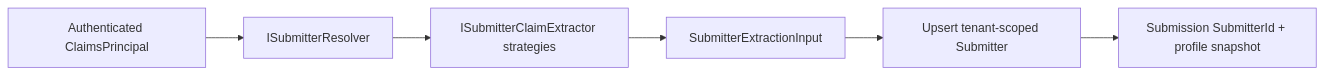
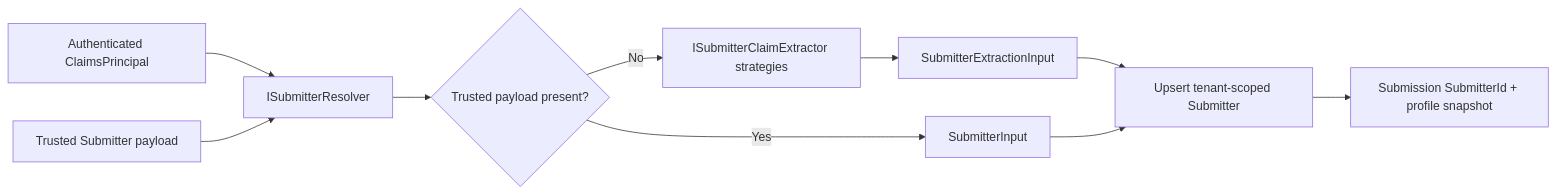
One commit to endatix/endatix changed the diagram in docs/endatix-docs/docs/guides/collecting-submitters-data.mdx. Above: the diagram before and after it, drawn with Mermaid. The commit also changed other lines of this file and 8 other files, not shown here.

````diff
--- a/docs/endatix-docs/docs/guides/collecting-submitters-data.mdx
+++ b/docs/endatix-docs/docs/guides/collecting-submitters-data.mdx
@@ -17,9 +20,13 @@
 ```mermaid
 flowchart LR
   principal["Authenticated ClaimsPrincipal"] --> resolver["ISubmitterResolver"]
-  resolver --> extractors["ISubmitterClaimExtractor strategies"]
-  extractors --> input["SubmitterExtractionInput"]
-  input --> submitter["Upsert tenant-scoped Submitter"]
+  trustedPayload["Trusted Submitter payload"] --> resolver
+  resolver --> source{"Trusted payload present?"}
+  source -->|"No"| extractors["ISubmitterClaimExtractor strategies"]
+  source -->|"Yes"| submitterInput["SubmitterInput"]
+  extractors --> extractionInput["SubmitterExtractionInput"]
+  extractionInput --> submitter["Upsert tenant-scoped Submitter"]
+  submitterInput --> submitter
   submitter --> submission["Submission SubmitterId + profile snapshot"]
 
 ```
````
